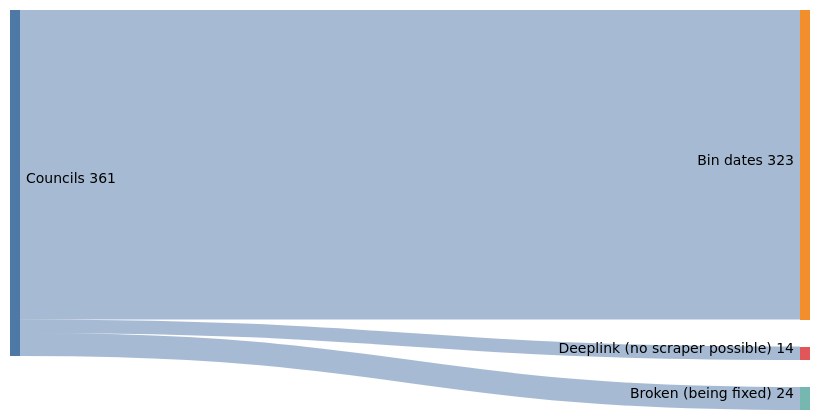
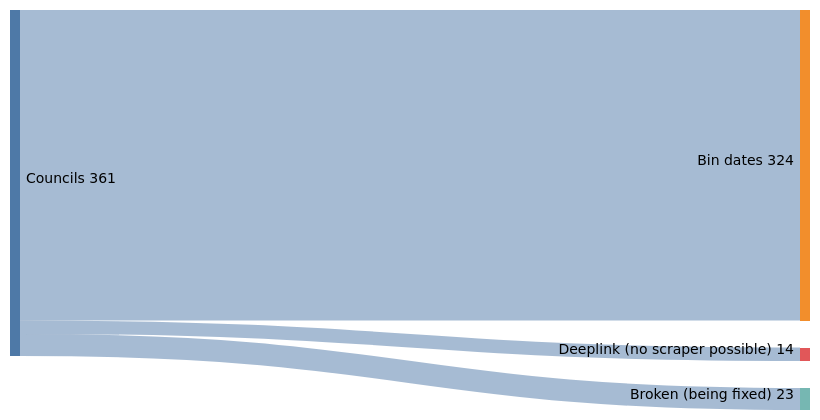
The diagram in README.md (cmbsteinberg/ukbinday), drawn with Mermaid (neutral theme) before and after one commit. The commit also changed other lines of this file and 4 other files, not shown here.

````diff
--- a/README.md
+++ b/README.md
@@ -12,15 +12,15 @@
 ```mermaid
 ---
 config:
   sankey:
     width: 800
     height: 400
     linkColor: source
     nodeAlignment: left
 ---
 sankey-beta
 
-"Councils","Bin dates",323
+"Councils","Bin dates",324
 "Councils","Deeplink (no scraper possible)",14
-"Councils","Broken (being fixed)",24
+"Councils","Broken (being fixed)",23
 ```
````
